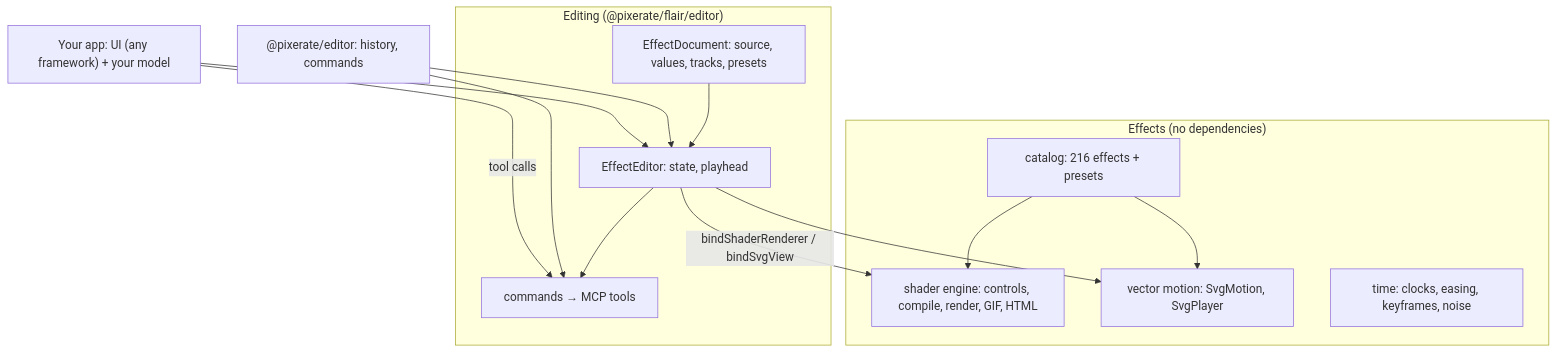
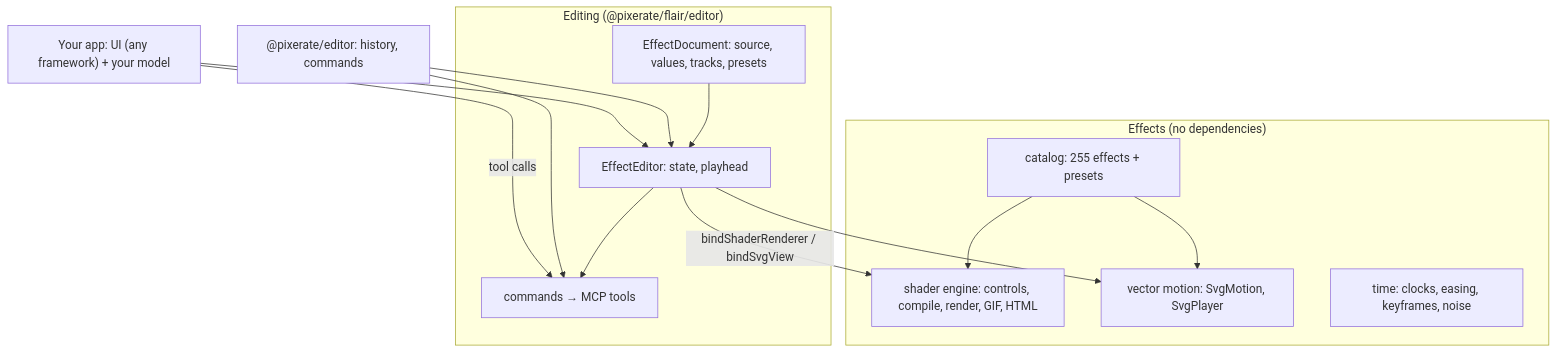
One commit to Pixerate/flair changed the diagram in README.md. Above: the diagram before and after it, drawn with Mermaid. The commit also changed other lines of this file and 20 other files, not shown here.

````diff
--- a/README.md
+++ b/README.md
@@ -58,27 +58,27 @@
 ```mermaid
 graph TD
   subgraph Effects["Effects (no dependencies)"]
-    Catalog["catalog: 216 effects + presets"]
+    Catalog["catalog: 255 effects + presets"]
     Shader["shader engine: controls, compile, render, GIF, HTML"]
     Vector["vector motion: SvgMotion, SvgPlayer"]
     Time["time: clocks, easing, keyframes, noise"]
   end
   subgraph Editing["Editing (@pixerate/flair/editor)"]
     Doc["EffectDocument: source, values, tracks, presets"]
     Editor["EffectEditor: state, playhead"]
     Cmds["commands → MCP tools"]
   end
   PE["@pixerate/editor: history, commands"]
   Host["Your app: UI (any framework) + your model"]
 
   Catalog --> Shader
   Catalog --> Vector
   Doc --> Editor
   Editor --> Cmds
   PE --> Editor
   PE --> Cmds
   Editor -- bindShaderRenderer / bindSvgView --> Shader
   Editor --> Vector
   Host --> Editor
   Host -- tool calls --> Cmds
 ```
````
